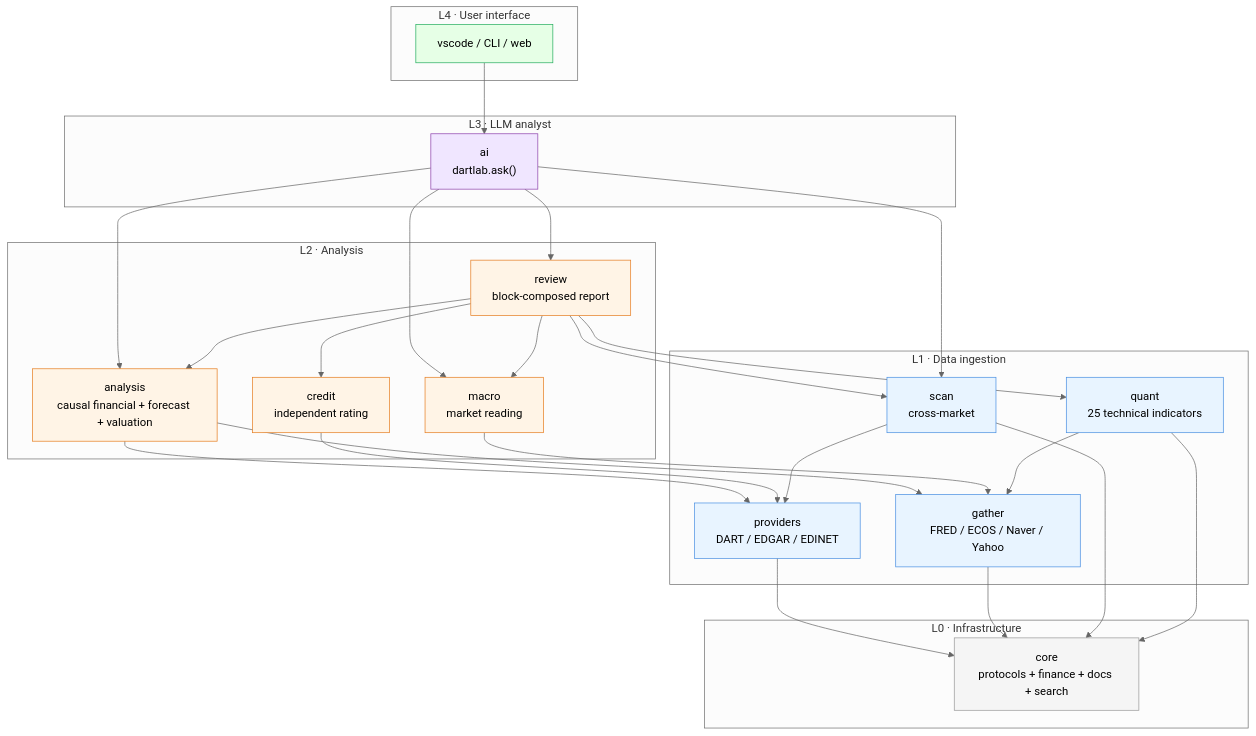
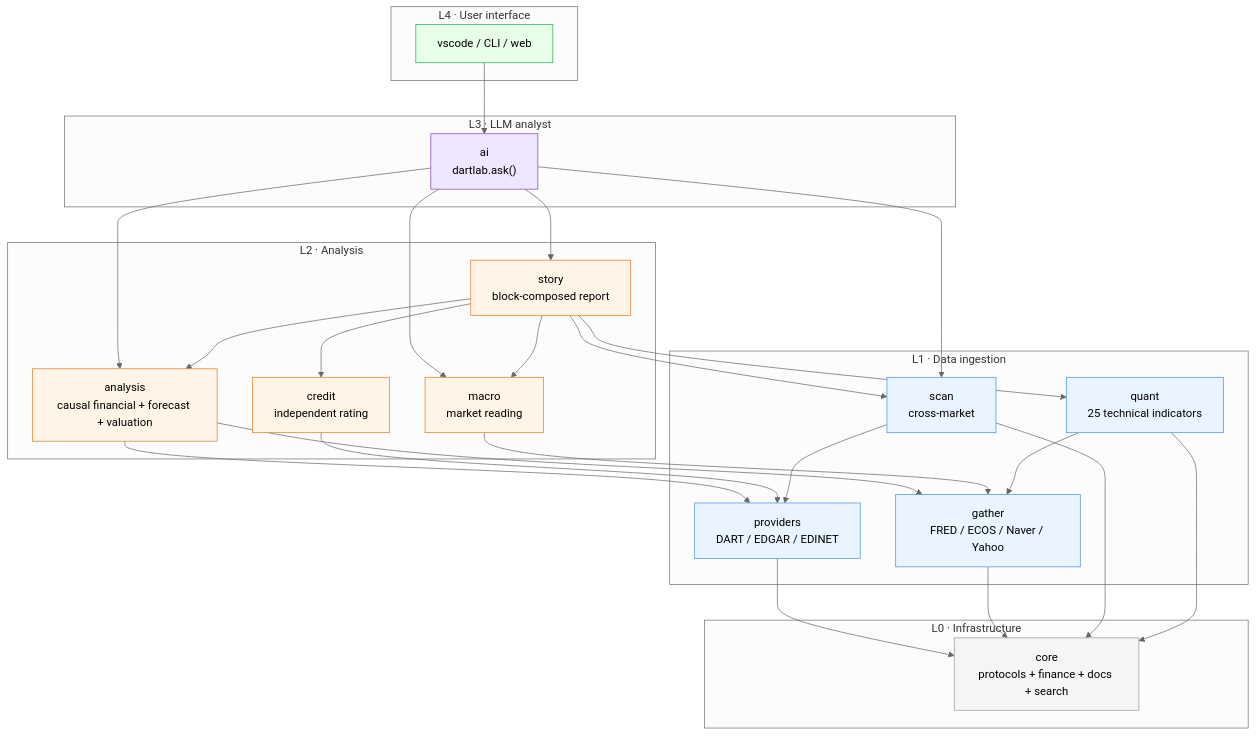
One commit to zkznxk123-sys/dartlab changed the diagram in README_EN.md. Above: the diagram before and after it, drawn with Mermaid (neutral theme). The commit also changed other lines of this file and 95 other files, not shown here.

````diff
--- a/README_EN.md
+++ b/README_EN.md
@@ -389,56 +389,56 @@
 ```mermaid
 flowchart TB
     subgraph L4["L4 · User interface"]
         UI["vscode / CLI / web"]
     end
     subgraph L3["L3 · LLM analyst"]
         AI["ai<br/>dartlab.ask()"]
     end
     subgraph L2["L2 · Analysis"]
         ANA["analysis<br/>causal financial + forecast + valuation"]
         CRD["credit<br/>independent rating"]
         MAC["macro<br/>market reading"]
-        REV["review<br/>block-composed report"]
+        REV["story<br/>block-composed report"]
     end
     subgraph L1["L1 · Data ingestion"]
         PRV["providers<br/>DART / EDGAR / EDINET"]
         GAT["gather<br/>FRED / ECOS / Naver / Yahoo"]
         SCN["scan<br/>cross-market"]
         QNT["quant<br/>25 technical indicators"]
     end
     subgraph L0["L0 · Infrastructure"]
         CORE["core<br/>protocols + finance + docs + search"]
     end
 
     UI --> AI
     AI --> REV
     AI --> ANA
     AI --> MAC
     AI --> SCN
     REV --> ANA
     REV --> CRD
     REV --> SCN
     REV --> QNT
     REV --> MAC
     ANA --> PRV
     ANA --> GAT
     CRD --> PRV
     MAC --> GAT
     SCN --> PRV
     QNT --> GAT
     PRV --> CORE
     GAT --> CORE
     SCN --> CORE
     QNT --> CORE
 
     classDef l0 fill:#f5f5f5,stroke:#999
     classDef l1 fill:#e8f4ff,stroke:#4a90e2
     classDef l2 fill:#fff4e6,stroke:#e67e22
     classDef l3 fill:#f0e6ff,stroke:#8e44ad
     classDef l4 fill:#e6ffe6,stroke:#27ae60
     class CORE l0
     class PRV,GAT,SCN,QNT l1
     class ANA,CRD,MAC,REV l2
     class AI l3
     class UI l4
 ```
````
